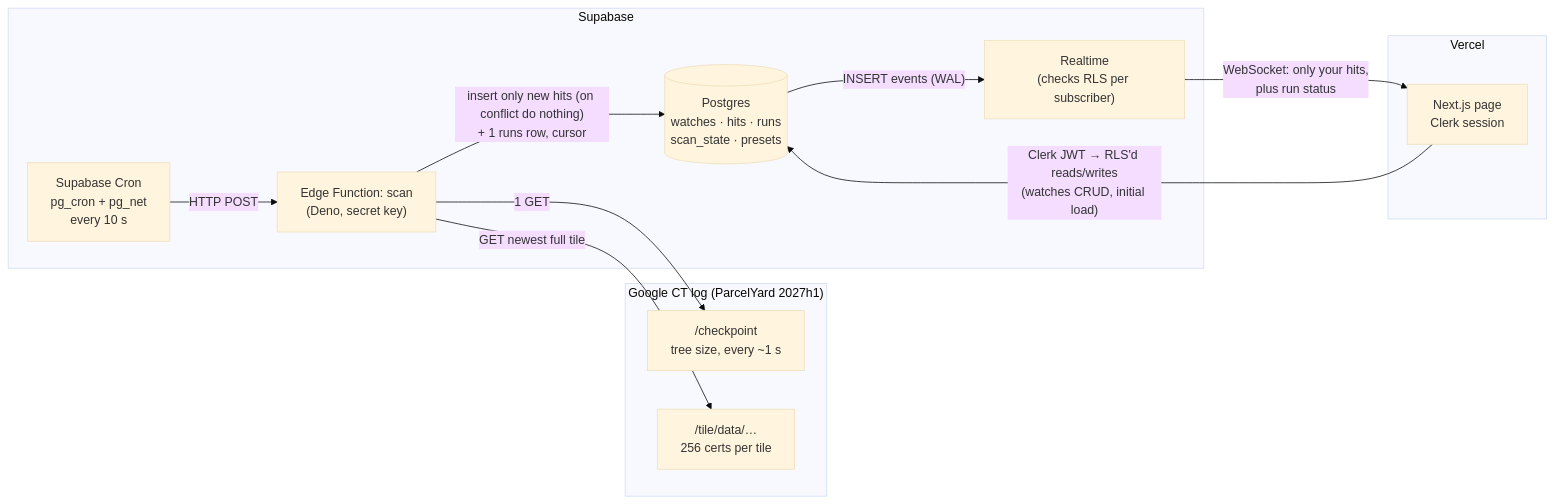
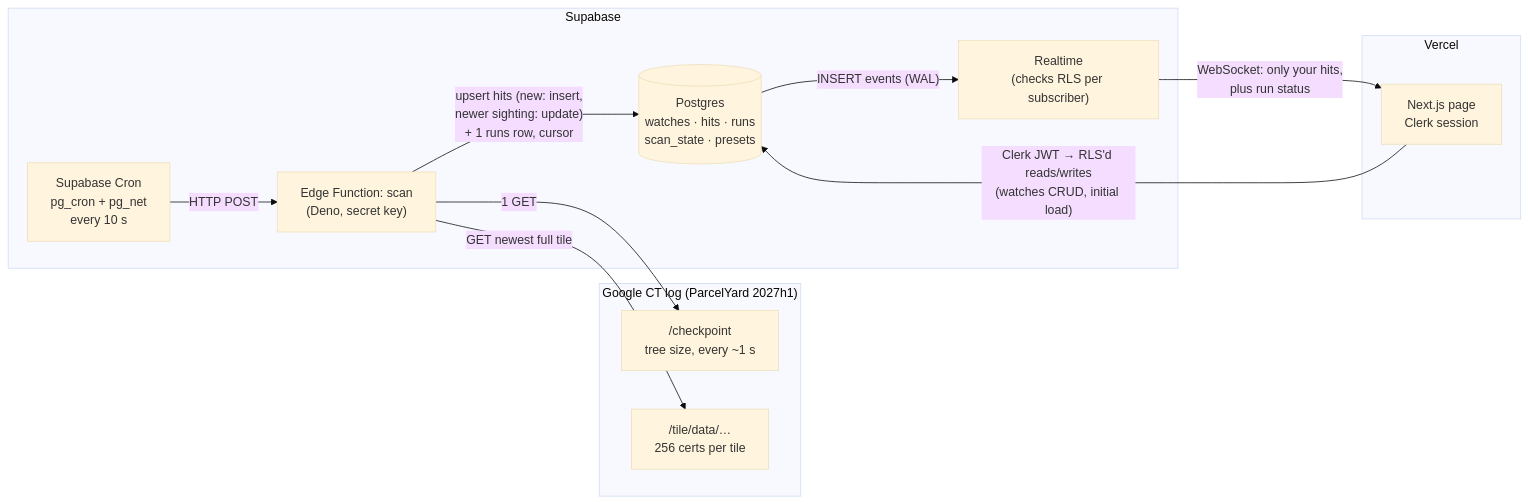
The diagram in README.md (kenpiech/phishwatch), drawn with Mermaid (base theme) before and after one commit. The commit also changed other lines of this file and 1 other file, not shown here.

````diff
--- a/README.md
+++ b/README.md
@@ -9,23 +24,23 @@
 ```mermaid
 flowchart LR
   subgraph Google["Google CT log (ParcelYard 2027h1)"]
     CP["/checkpoint<br/>tree size, every ~1 s"]
     TL["/tile/data/…<br/>256 certs per tile"]
   end
   subgraph Supabase
     CRON["Supabase Cron<br/>pg_cron + pg_net<br/>every 10 s"]
     FN["Edge Function: scan<br/>(Deno, secret key)"]
     DB[("Postgres<br/>watches · hits · runs<br/>scan_state · presets")]
     RT["Realtime<br/>(checks RLS per subscriber)"]
   end
   subgraph Vercel
     PAGE["Next.js page<br/>Clerk session"]
   end
   CRON -- "HTTP POST" --> FN
   FN -- "1 GET" --> CP
   FN -- "GET newest full tile" --> TL
-  FN -- "insert only new hits (on conflict do nothing)<br/>+ 1 runs row, cursor" --> DB
+  FN -- "upsert hits (new: insert,<br/>newer sighting: update)<br/>+ 1 runs row, cursor" --> DB
   DB -- "INSERT events (WAL)" --> RT
   RT -- "WebSocket: only your hits,<br/>plus run status" --> PAGE
   PAGE -- "Clerk JWT → RLS'd reads/writes<br/>(watches CRUD, initial load)" --> DB
 ```
````
